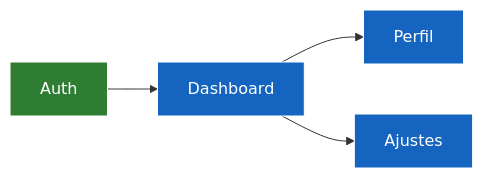
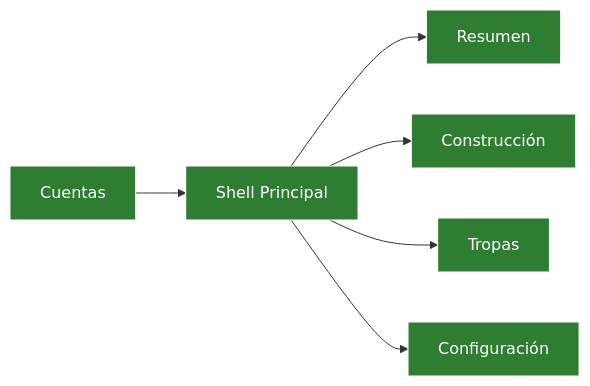
The diagram in overview/trackers/architecture.md (xolotl-hub/ikagovernor), drawn with Mermaid before and after one commit. The commit also changed other lines of this file and 30 other files, not shown here.

````diff
--- a/overview/trackers/architecture.md
+++ b/overview/trackers/architecture.md
@@ -5,9 +5,11 @@
 ```mermaid
 graph LR
     classDef done fill:#2e7d32,stroke:#fff,color:#fff;
-    classDef active fill:#1565c0,stroke:#fff,color:#fff;
+    classDef pending fill:#c62828,stroke:#fff,color:#fff;
     
-    auth[Auth]:::done --> dashboard[Dashboard]:::active
-    dashboard --> profile[Perfil]:::active
-    dashboard --> settings[Ajustes]:::active
+    accounts[Cuentas]:::done --> main[Shell Principal]:::done
+    main --> summary[Resumen]:::done
+    main --> construction[Construcción]:::done
+    main --> troops[Tropas]:::done
+    main --> settings[Configuración]:::done
 ```
````
